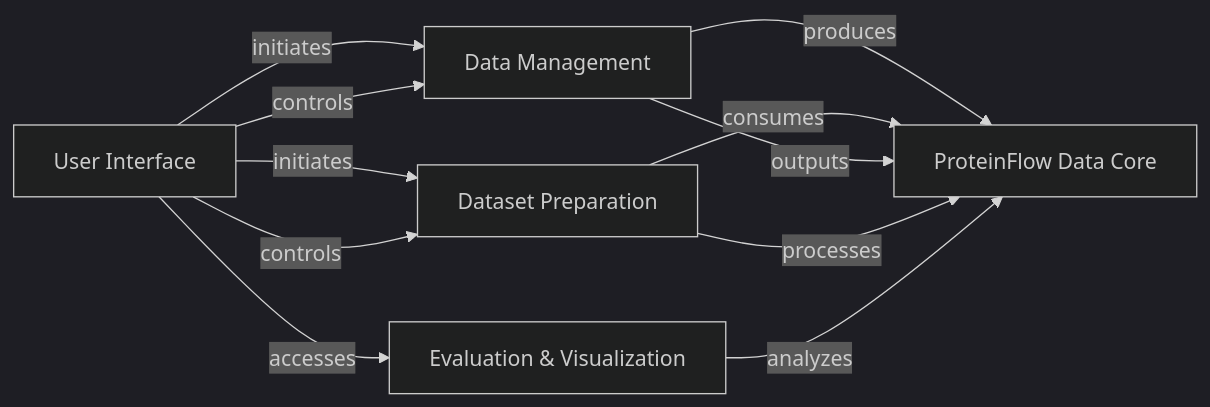
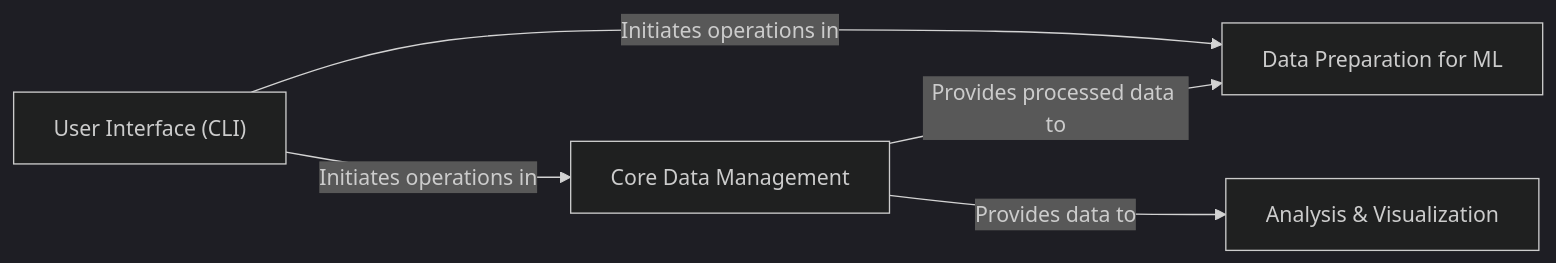
Before and after one commit to CodeBoarding/GeneratedOnBoardings: the diagram in ProteinFlow/on_boarding.md, drawn with Mermaid (dark theme). The commit also changed other lines of this file and 8 other files, not shown here.

Commit message:
Uploading onboarding materials for ProteinFlow

````diff
--- a/ProteinFlow/on_boarding.md
+++ b/ProteinFlow/on_boarding.md
@@ -1,22 +1,15 @@
 ```mermaid
 graph LR
-    ProteinFlow_Data_Core["ProteinFlow Data Core"]
-    Data_Management["Data Management"]
-    Dataset_Preparation["Dataset Preparation"]
-    Evaluation_Visualization["Evaluation & Visualization"]
-    User_Interface["User Interface"]
-    Data_Management -- "produces" --> ProteinFlow_Data_Core
-    Dataset_Preparation -- "consumes" --> ProteinFlow_Data_Core
-    User_Interface -- "initiates" --> Data_Management
-    Data_Management -- "outputs" --> ProteinFlow_Data_Core
-    User_Interface -- "initiates" --> Dataset_Preparation
-    Dataset_Preparation -- "processes" --> ProteinFlow_Data_Core
-    Evaluation_Visualization -- "analyzes" --> ProteinFlow_Data_Core
-    User_Interface -- "accesses" --> Evaluation_Visualization
-    User_Interface -- "controls" --> Data_Management
-    User_Interface -- "controls" --> Dataset_Preparation
-    click ProteinFlow_Data_Core href "https://github.com/CodeBoarding/GeneratedOnBoardings/blob/main//ProteinFlow/ProteinFlow_Data_Core.md" "Details"
-    click Dataset_Preparation href "https://github.com/CodeBoarding/GeneratedOnBoardings/blob/main//ProteinFlow/Dataset_Preparation.md" "Details"
-    click Evaluation_Visualization href "https://github.com/CodeBoarding/GeneratedOnBoardings/blob/main//ProteinFlow/Evaluation_Visualization.md" "Details"
-    click User_Interface href "https://github.com/CodeBoarding/GeneratedOnBoardings/blob/main//ProteinFlow/User_Interface.md" "Details"
+    User_Interface_CLI_["User Interface (CLI)"]
+    Core_Data_Management["Core Data Management"]
+    Data_Preparation_for_ML["Data Preparation for ML"]
+    Analysis_Visualization["Analysis & Visualization"]
+    User_Interface_CLI_ -- "Initiates operations in" --> Core_Data_Management
+    User_Interface_CLI_ -- "Initiates operations in" --> Data_Preparation_for_ML
+    Core_Data_Management -- "Provides processed data to" --> Data_Preparation_for_ML
+    Core_Data_Management -- "Provides data to" --> Analysis_Visualization
+    click User_Interface_CLI_ href "https://github.com/CodeBoarding/GeneratedOnBoardings/blob/main/ProteinFlow/User_Interface_CLI_.md" "Details"
+    click Core_Data_Management href "https://github.com/CodeBoarding/GeneratedOnBoardings/blob/main/ProteinFlow/Core_Data_Management.md" "Details"
+    click Data_Preparation_for_ML href "https://github.com/CodeBoarding/GeneratedOnBoardings/blob/main/ProteinFlow/Data_Preparation_for_ML.md" "Details"
+    click Analysis_Visualization href "https://github.com/CodeBoarding/GeneratedOnBoardings/blob/main/ProteinFlow/Analysis_Visualization.md" "Details"
 ```
````
